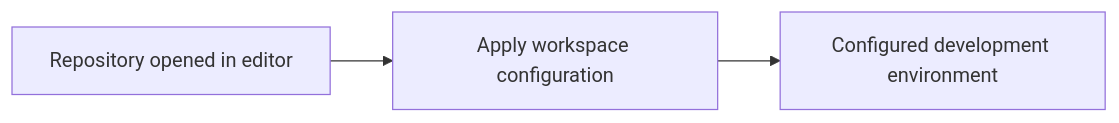
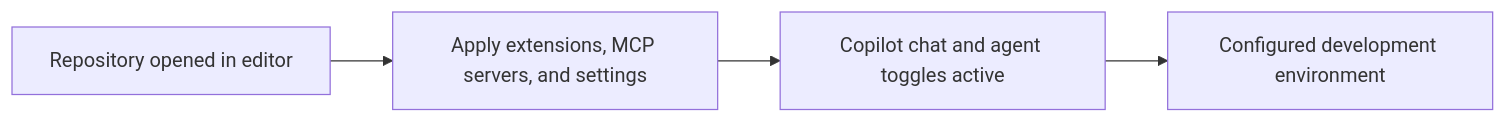
Before and after one commit to anoblet/copilot: the diagram in .vscode/readme.md, drawn with Mermaid. The commit also changed other lines of this file and 1 other file, not shown here.

Commit message:
chore(vscode): enable chat session view setting

````diff
--- a/.vscode/readme.md
+++ b/.vscode/readme.md
@@ -8,5 +8,6 @@
 ```mermaid
 flowchart LR
-    A["Repository opened in editor"] --> B["Apply workspace configuration"]
-    B --> C["Configured development environment"]
+    A["Repository opened in editor"] --> B["Apply extensions, MCP servers, and settings"]
+    B --> C["Copilot chat and agent toggles active"]
+    C --> D["Configured development environment"]
 ```
````
